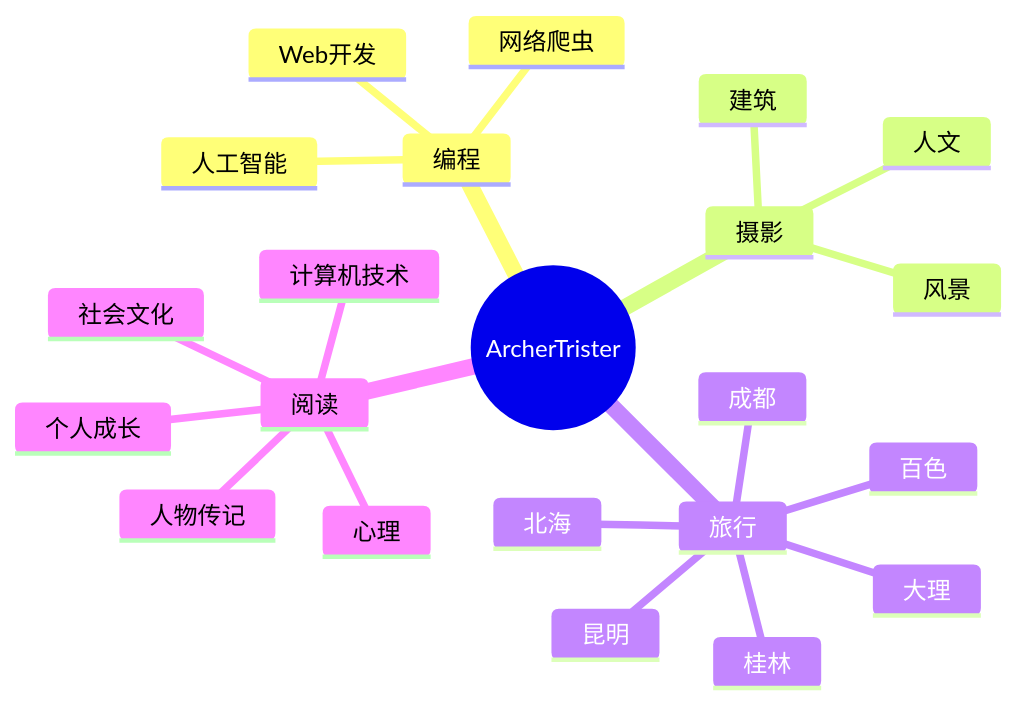
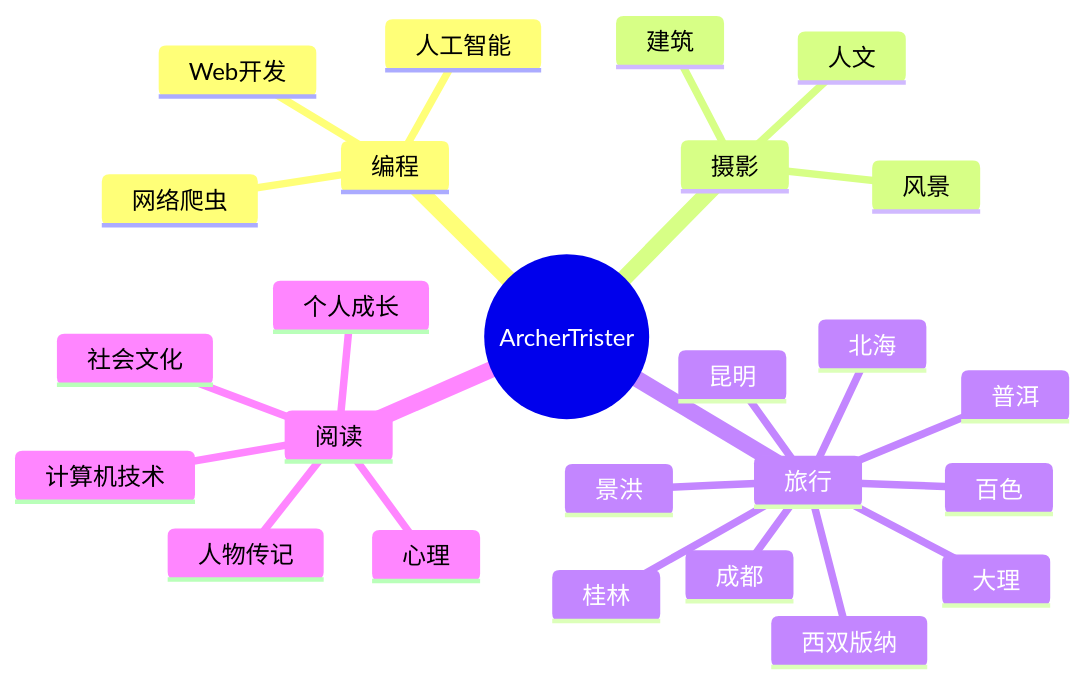
The diagram in README.md (ArcherTrister/ArcherTrister), drawn with Mermaid before and after one commit. The commit also changed other lines of this file, not shown here.

````diff
--- a/README.md
+++ b/README.md
@@ -224,25 +237,28 @@
 ```mermaid
 mindmap
   root((ArcherTrister))
     编程
       Web开发
       网络爬虫
       人工智能
     摄影
       人文
       建筑
       风景
     旅行
       成都
       桂林
       北海
       百色
       昆明
       大理
+      景洪
+      西双版纳
+      普洱
     阅读
       人物传记
       个人成长
       社会文化
       心理
       计算机技术
 ```
````
